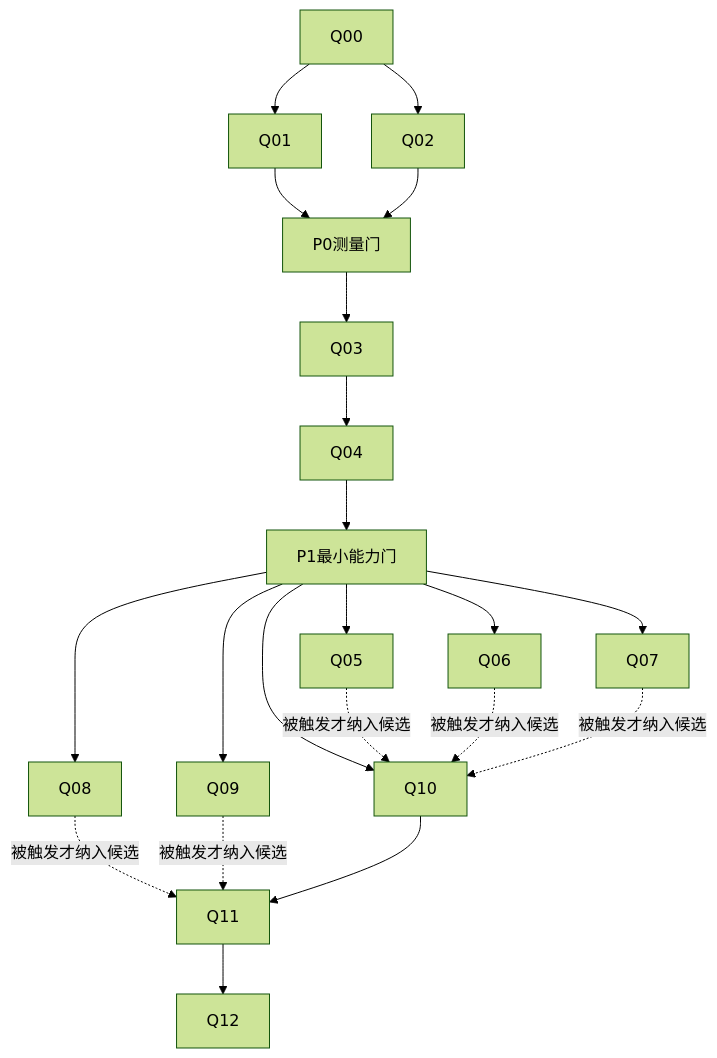
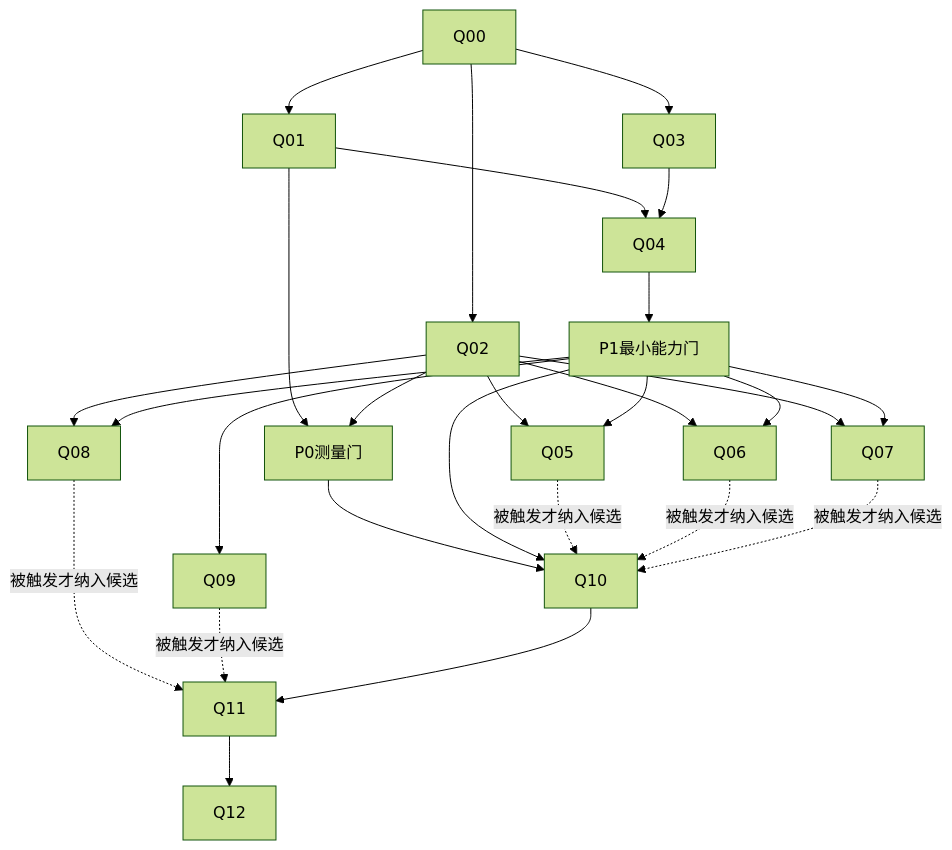
Before and after one commit to lkyprogramer/codex-java-lsp-mcp: the diagram in docs/java-specialist-post-ilv2-v1/docs/08-execution-plan.md, drawn with Mermaid (forest theme). The commit also changed other lines of this file and 20 other files, not shown here.

````diff
--- a/docs/java-specialist-post-ilv2-v1/docs/08-execution-plan.md
+++ b/docs/java-specialist-post-ilv2-v1/docs/08-execution-plan.md
@@ -27,23 +27,29 @@
 ```mermaid
 flowchart TD
   Q00 --> Q01
   Q00 --> Q02
+  Q00 --> Q03
   Q01 --> G0[P0测量门]
   Q02 --> G0
-  G0 --> Q03
+  Q01 --> Q04
   Q03 --> Q04
   Q04 --> G1[P1最小能力门]
+  Q02 --> Q05
+  Q02 --> Q06
+  Q02 --> Q07
+  Q02 --> Q08
   G1 --> Q05
   G1 --> Q06
   G1 --> Q07
   G1 --> Q08
   G1 --> Q09
+  G0 --> Q10
   G1 --> Q10
   Q05 -.被触发才纳入候选.-> Q10
   Q06 -.被触发才纳入候选.-> Q10
   Q07 -.被触发才纳入候选.-> Q10
   Q08 -.被触发才纳入候选.-> Q11
   Q09 -.被触发才纳入候选.-> Q11
   Q10 --> Q11
   Q11 --> Q12
 ```
````
